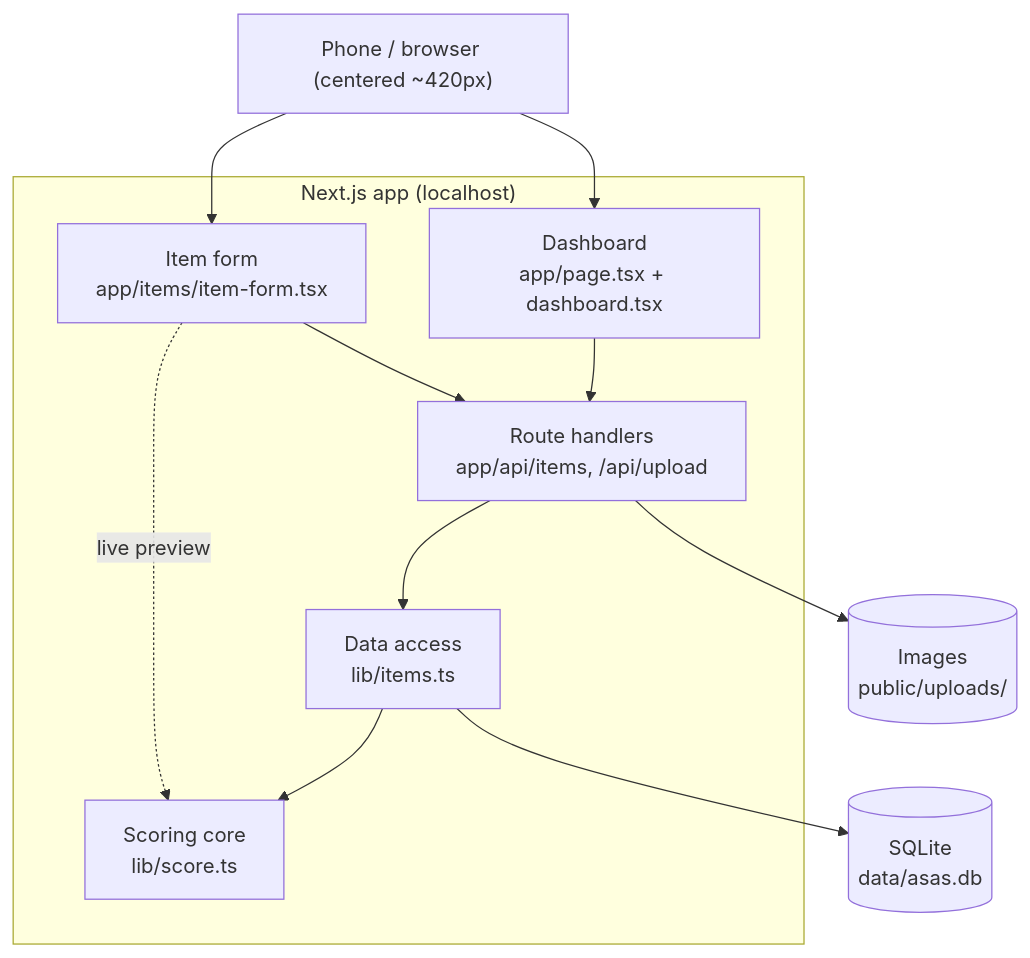
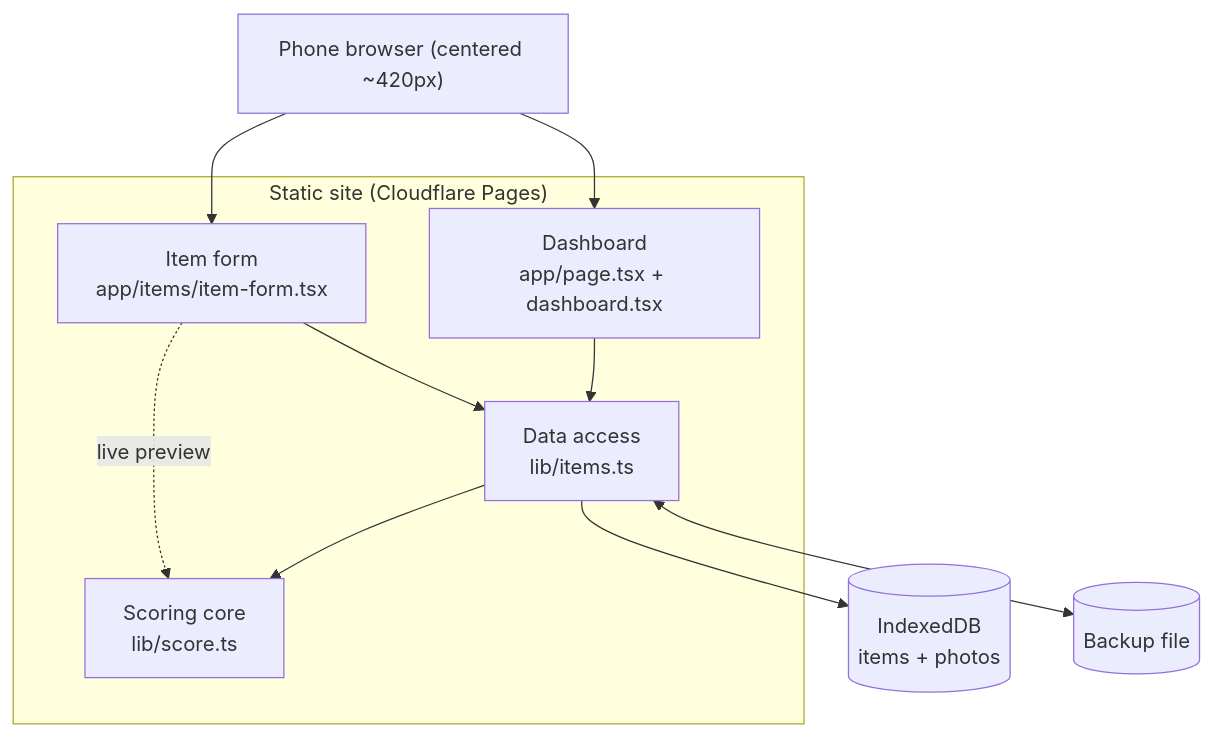
One commit to pembasmikuman/Asas changed the diagram in README.md. Above: the diagram before and after it, drawn with Mermaid. The commit also changed other lines of this file and 1 other file, not shown here.

First line of the commit message:
docs: describe the phone-only setup, drop the tunnel script

````diff
--- a/README.md
+++ b/README.md
@@ -37,20 +37,18 @@
 ```mermaid
 flowchart TD
-    Browser["Phone / browser (centered ~420px)"]
-    subgraph Next["Next.js app (localhost)"]
+    Browser["Phone browser (centered ~420px)"]
+    subgraph App["Static site (Cloudflare Pages)"]
         Dash["Dashboard\napp/page.tsx + dashboard.tsx"]
         Form["Item form\napp/items/item-form.tsx"]
-        API["Route handlers\napp/api/items, /api/upload"]
         Score["Scoring core\nlib/score.ts"]
         Data["Data access\nlib/items.ts"]
     end
-    DB[("SQLite\ndata/asas.db")]
-    Files[("Images\npublic/uploads/")]
+    DB[("IndexedDB\nitems + photos")]
+    Backup[("Backup file")]
 
     Browser --> Dash & Form
-    Dash & Form --> API
-    API --> Data --> DB
-    API --> Files
+    Dash & Form --> Data --> DB
     Data --> Score
     Form -. live preview .-> Score
+    Data <--> Backup
 ```
````
